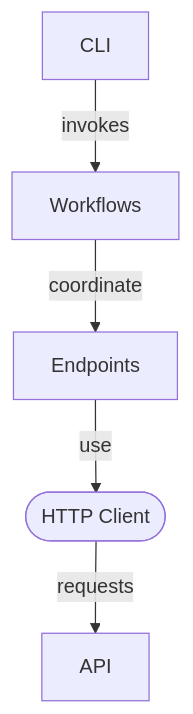
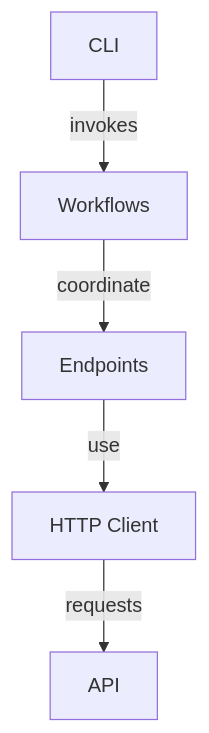
One commit to fderuiter/imednet-python-sdk changed the first of 3 diagrams in docs/architecture.rst. Above: the diagram before and after it, drawn with Mermaid. The commit also changed 6 other files, not shown here.

```diff
--- a/docs/architecture.rst
+++ b/docs/architecture.rst
@@ -11,7 +11,7 @@
 .. mermaid::
 
    graph TD
        CLI[CLI] --> |invokes| Workflows
        Workflows --> |coordinate| Endpoints
-       Endpoints --> |use| Client(["HTTP Client"])
+       Endpoints --> |use| Client[HTTP Client]
        Client --> |requests| API
```
